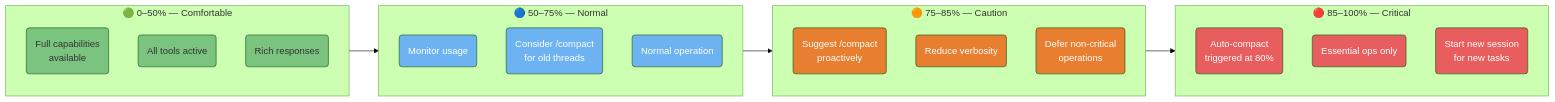
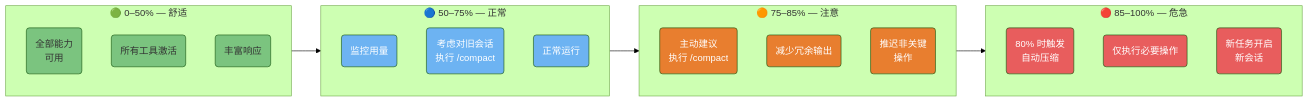
One commit to lawrencewzen/aispark-wiki changed the first of 4 diagrams in claude-code/diagrams/02-context-and-sessions.md. Above: the diagram before and after it, drawn with Mermaid (forest theme). The commit also changed other lines of this file and 82 other files, not shown here.

First line of the commit message:
feat: 完成 claude-code/ 目录全量中文翻译

````diff
--- a/claude-code/diagrams/02-context-and-sessions.md
+++ b/claude-code/diagrams/02-context-and-sessions.md
@@ -19,54 +19,54 @@
 ```mermaid
 flowchart LR
-    subgraph GREEN["🟢 0–50% — Comfortable"]
-        G1(Full capabilities<br/>available)
-        G2(All tools active)
-        G3(Rich responses)
+    subgraph GREEN["🟢 0–50% — 舒适"]
+        G1(全部能力<br/>可用)
+        G2(所有工具激活)
+        G3(丰富响应)
     end
 
-    subgraph BLUE["🔵 50–75% — Normal"]
-        B1(Monitor usage)
-        B2(Consider /compact<br/>for old threads)
-        B3(Normal operation)
+    subgraph BLUE["🔵 50–75% — 正常"]
+        B1(监控用量)
+        B2(考虑对旧会话<br/>执行 /compact)
+        B3(正常运行)
     end
 
-    subgraph ORANGE["🟠 75–85% — Caution"]
-        O1(Suggest /compact<br/>proactively)
-        O2(Reduce verbosity)
-        O3(Defer non-critical<br/>operations)
+    subgraph ORANGE["🟠 75–85% — 注意"]
+        O1(主动建议<br/>执行 /compact)
+        O2(减少冗余输出)
+        O3(推迟非关键<br/>操作)
     end
 
-    subgraph RED["🔴 85–100% — Critical"]
-        R1(Auto-compact<br/>triggered at 80%)
-        R2(Essential ops only)
-        R3(Start new session<br/>for new tasks)
+    subgraph RED["🔴 85–100% — 危急"]
+        R1(80% 时触发<br/>自动压缩)
+        R2(仅执行必要操作)
+        R3(新任务开启<br/>新会话)
     end
 
     GREEN --> BLUE --> ORANGE --> RED
 
     style G1 fill:#7BC47F,color:#333
     style G2 fill:#7BC47F,color:#333
     style G3 fill:#7BC47F,color:#333
     style B1 fill:#6DB3F2,color:#fff
     style B2 fill:#6DB3F2,color:#fff
     style B3 fill:#6DB3F2,color:#fff
     style O1 fill:#E87E2F,color:#fff
     style O2 fill:#E87E2F,color:#fff
     style O3 fill:#E87E2F,color:#fff
     style R1 fill:#E85D5D,color:#fff
     style R2 fill:#E85D5D,color:#fff
     style R3 fill:#E85D5D,color:#fff
 
-    click G1 href "https://github.com/claude-code-ultimate-guide/claude-code-ultimate-guide/blob/main/guide/ultimate-guide.md#22-context-management" "0-50%: Full capabilities"
-    click G2 href "https://github.com/claude-code-ultimate-guide/claude-code-ultimate-guide/blob/main/guide/ultimate-guide.md#22-context-management" "0-50%: All tools active"
-    click G3 href "https://github.com/claude-code-ultimate-guide/claude-code-ultimate-guide/blob/main/guide/ultimate-guide.md#22-context-management" "0-50%: Rich responses"
-    click B1 href "https://github.com/claude-code-ultimate-guide/claude-code-ultimate-guide/blob/main/guide/ultimate-guide.md#22-context-management" "50-75%: Monitor usage"
-    click B2 href "https://github.com/claude-code-ultimate-guide/claude-code-ultimate-guide/blob/main/guide/ultimate-guide.md#22-context-management" "50-75%: Consider /compact"
-    click B3 href "https://github.com/claude-code-ultimate-guide/claude-code-ultimate-guide/blob/main/guide/ultimate-guide.md#22-context-management" "50-75%: Normal operation"
-    click O1 href "https://github.com/claude-code-ultimate-guide/claude-code-ultimate-guide/blob/main/guide/ultimate-guide.md#22-context-management" "75-85%: Suggest /compact"
-    click O2 href "https://github.com/claude-code-ultimate-guide/claude-code-ultimate-guide/blob/main/guide/ultimate-guide.md#22-context-management" "75-85%: Reduce verbosity"
-    click O3 href "https://github.com/claude-code-ultimate-guide/claude-code-ultimate-guide/blob/main/guide/ultimate-guide.md#22-context-management" "75-85%: Defer non-critical"
-    click R1 href "https://github.com/claude-code-ultimate-guide/claude-code-ultimate-guide/blob/main/guide/ultimate-guide.md#22-context-management" "85-100%: Auto-compact"
-    click R2 href "https://github.com/claude-code-ultimate-guide/claude-code-ultimate-guide/blob/main/guide/ultimate-guide.md#22-context-management" "85-100%: Essential ops only"
-    click R3 href "https://github.com/claude-code-ultimate-guide/claude-code-ultimate-guide/blob/main/guide/ultimate-guide.md#22-context-management" "85-100%: Start new session"
+    click G1 href "https://github.com/claude-code-ultimate-guide/claude-code-ultimate-guide/blob/main/guide/ultimate-guide.md#22-context-management" "0-50%：全部能力"
+    click G2 href "https://github.com/claude-code-ultimate-guide/claude-code-ultimate-guide/blob/main/guide/ultimate-guide.md#22-context-management" "0-50%：所有工具激活"
+    click G3 href "https://github.com/claude-code-ultimate-guide/claude-code-ultimate-guide/blob/main/guide/ultimate-guide.md#22-context-management" "0-50%：丰富响应"
+    click B1 href "https://github.com/claude-code-ultimate-guide/claude-code-ultimate-guide/blob/main/guide/ultimate-guide.md#22-context-management" "50-75%：监控用量"
+    click B2 href "https://github.com/claude-code-ultimate-guide/claude-code-ultimate-guide/blob/main/guide/ultimate-guide.md#22-context-management" "50-75%：考虑 /compact"
+    click B3 href "https://github.com/claude-code-ultimate-guide/claude-code-ultimate-guide/blob/main/guide/ultimate-guide.md#22-context-management" "50-75%：正常运行"
+    click O1 href "https://github.com/claude-code-ultimate-guide/claude-code-ultimate-guide/blob/main/guide/ultimate-guide.md#22-context-management" "75-85%：建议 /compact"
+    click O2 href "https://github.com/claude-code-ultimate-guide/claude-code-ultimate-guide/blob/main/guide/ultimate-guide.md#22-context-management" "75-85%：减少冗余"
+    click O3 href "https://github.com/claude-code-ultimate-guide/claude-code-ultimate-guide/blob/main/guide/ultimate-guide.md#22-context-management" "75-85%：推迟非关键操作"
+    click R1 href "https://github.com/claude-code-ultimate-guide/claude-code-ultimate-guide/blob/main/guide/ultimate-guide.md#22-context-management" "85-100%：自动压缩"
+    click R2 href "https://github.com/claude-code-ultimate-guide/claude-code-ultimate-guide/blob/main/guide/ultimate-guide.md#22-context-management" "85-100%：仅必要操作"
+    click R3 href "https://github.com/claude-code-ultimate-guide/claude-code-ultimate-guide/blob/main/guide/ultimate-guide.md#22-context-management" "85-100%：开启新会话"
 ```
````
